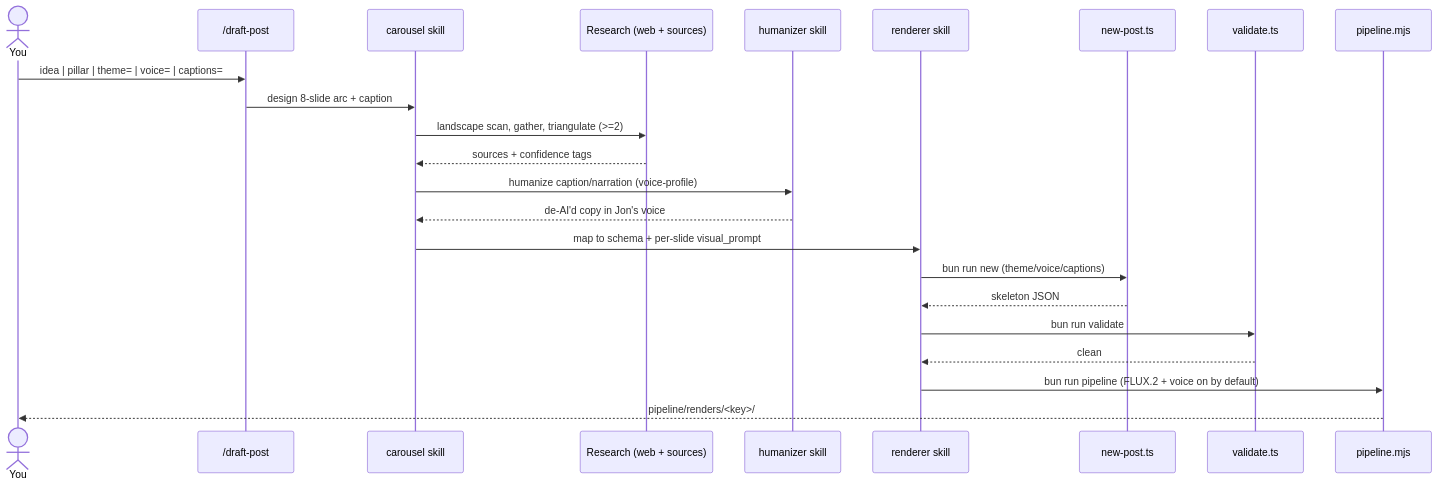
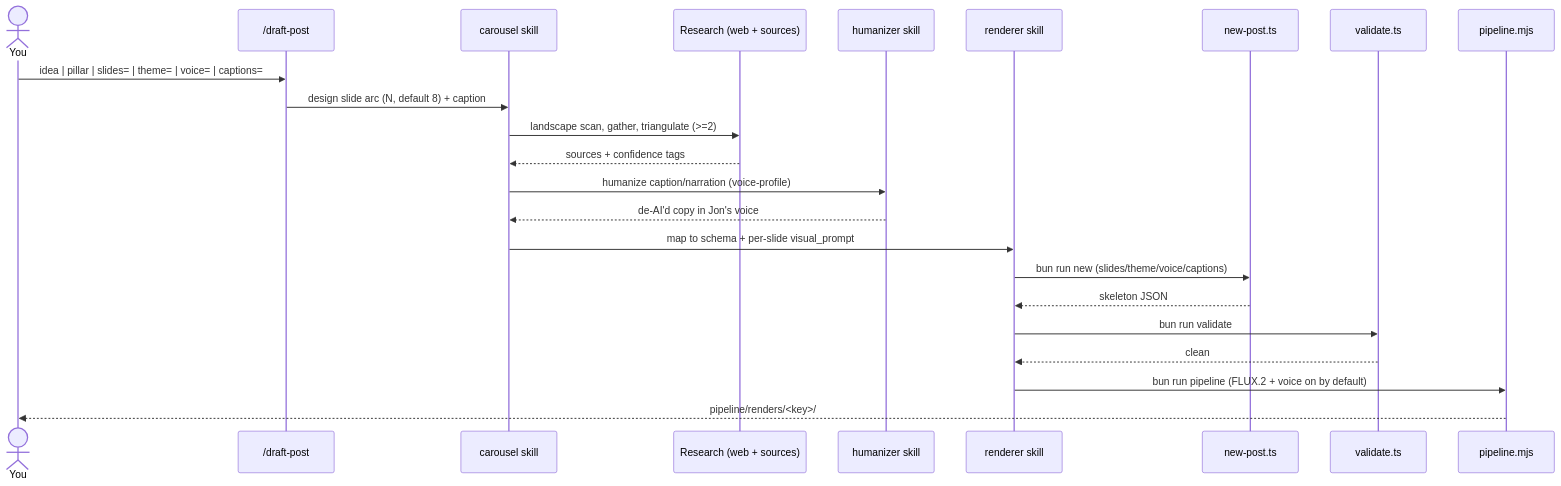
One commit to jondmarien/ai-ugc-pipeline changed the first of 4 diagrams in renderer/docs/PIPELINE_ARCHITECTURE.md. Above: the diagram before and after it, drawn with Mermaid. The commit also changed 11 other files, not shown here.

````diff
--- a/renderer/docs/PIPELINE_ARCHITECTURE.md
+++ b/renderer/docs/PIPELINE_ARCHITECTURE.md
@@ -13,25 +13,25 @@
 ```mermaid
 sequenceDiagram
     actor U as You
     participant CMD as /draft-post
     participant C as carousel skill
     participant R as Research (web + sources)
     participant H as humanizer skill
     participant RN as renderer skill
     participant NEW as new-post.ts
     participant V as validate.ts
     participant P as pipeline.mjs
-    U->>CMD: idea | pillar | theme= | voice= | captions=
-    CMD->>C: design 8-slide arc + caption
+    U->>CMD: idea | pillar | slides= | theme= | voice= | captions=
+    CMD->>C: design slide arc (N, default 8) + caption
     C->>R: landscape scan, gather, triangulate (>=2)
     R-->>C: sources + confidence tags
     C->>H: humanize caption/narration (voice-profile)
     H-->>C: de-AI'd copy in Jon's voice
     C->>RN: map to schema + per-slide visual_prompt
-    RN->>NEW: bun run new (theme/voice/captions)
+    RN->>NEW: bun run new (slides/theme/voice/captions)
     NEW-->>RN: skeleton JSON
     RN->>V: bun run validate
     V-->>RN: clean
     RN->>P: bun run pipeline (FLUX.2 + voice on by default)
     P-->>U: pipeline/renders/<key>/
 ```
````
